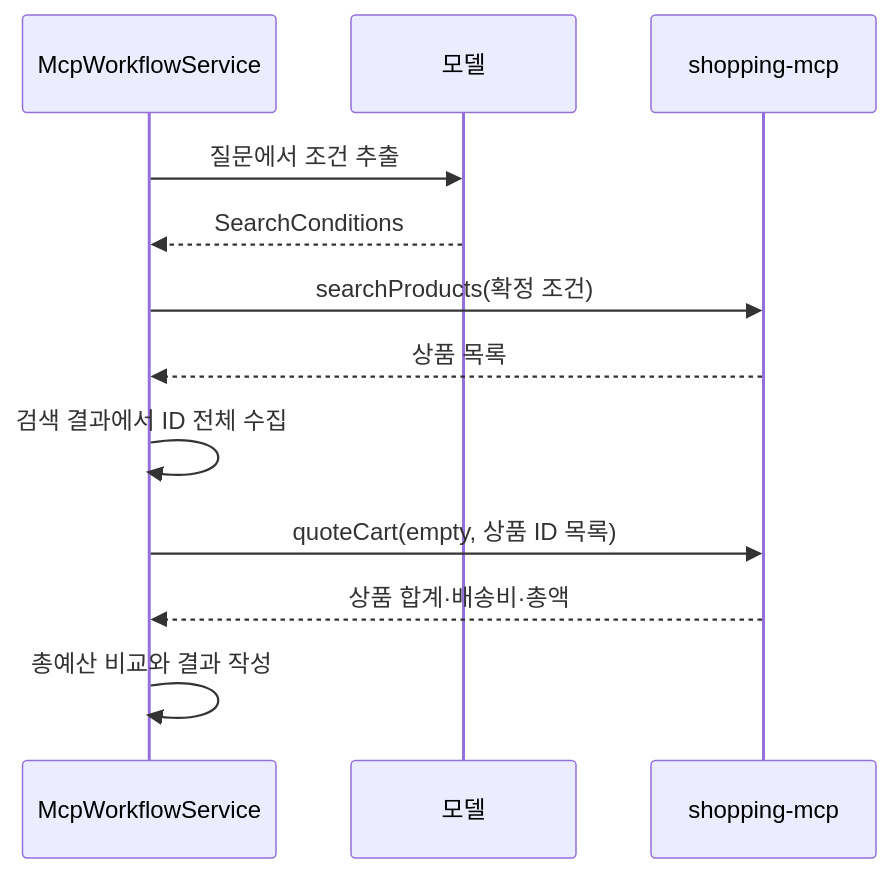
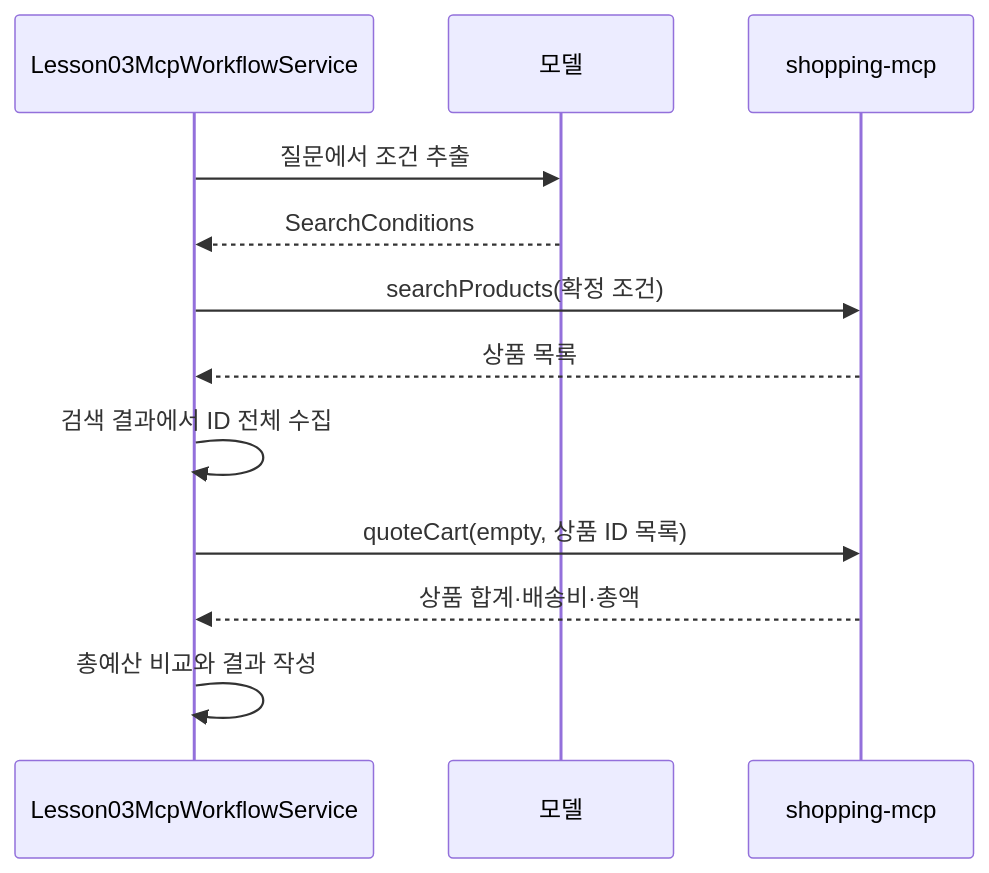
Before and after one commit to Justin-ad-Park/SpringShoppingAI: the diagram in Spring-AI-Agent-Learning/docs/lessons/11-mcp-workflow-agent/03-workflow.md, drawn with Mermaid. The commit also changed other lines of this file and 248 other files, not shown here.

````diff
--- a/Spring-AI-Agent-Learning/docs/lessons/11-mcp-workflow-agent/03-workflow.md
+++ b/Spring-AI-Agent-Learning/docs/lessons/11-mcp-workflow-agent/03-workflow.md
@@ -12,14 +12,14 @@
 ```mermaid
 sequenceDiagram
-    participant J as McpWorkflowService
+    participant J as Lesson03McpWorkflowService
     participant L as 모델
     participant M as shopping-mcp
     J->>L: 질문에서 조건 추출
     L-->>J: SearchConditions
     J->>M: searchProducts(확정 조건)
     M-->>J: 상품 목록
     J->>J: 검색 결과에서 ID 전체 수집
     J->>M: quoteCart(empty, 상품 ID 목록)
     M-->>J: 상품 합계·배송비·총액
     J->>J: 총예산 비교와 결과 작성
 ```
````
